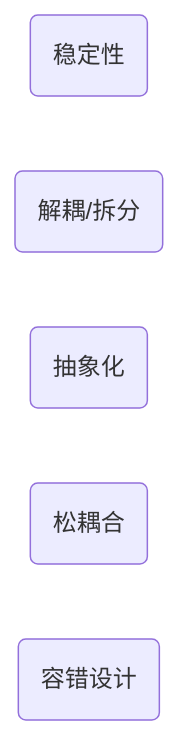
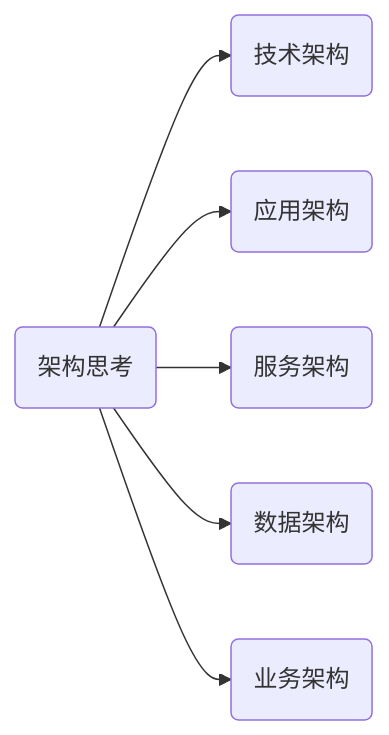
Before and after one commit to alicfeng/TeamStandard: the diagram in book/基础架构/架构基础原则定义.md, drawn with Mermaid. The commit also changed other lines of this file and 2 other files, not shown here.

Commit message:
update:基础架构:架构原则

````diff
--- a/book/基础架构/架构基础原则定义.md
+++ b/book/基础架构/架构基础原则定义.md
@@ -3,9 +11,17 @@
 ```mermaid
 graph LR
 
-stability(稳定性)
-decoupling(解耦/拆分)
-abstraction(抽象化)
-loosely-coupled(松耦合)
-fault-tolerant(容错设计)
+arch_thinking(架构思考)
+
+arch_thinking_tech(技术架构)
+arch_thinking_app(应用架构)
+arch_thinking_svc(服务架构)
+arch_thinking_data(数据架构)
+arch_thinking_business(业务架构)
+
+arch_thinking-->arch_thinking_tech
+arch_thinking-->arch_thinking_app
+arch_thinking-->arch_thinking_svc
+arch_thinking-->arch_thinking_data
+arch_thinking-->arch_thinking_business
 ```
````
